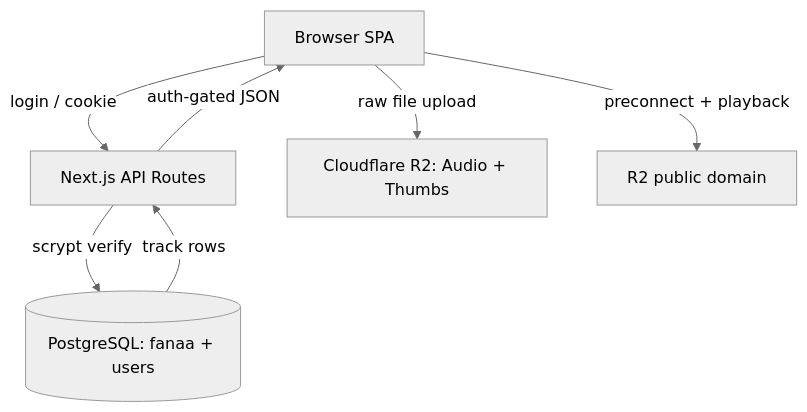
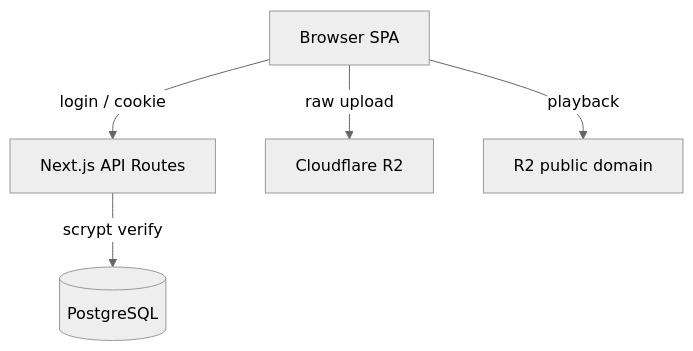
Before and after one commit to FirozChauhan/jigar: the diagram in README.md, drawn with Mermaid (neutral theme). The commit also changed other lines of this file, not shown here.

````diff
--- a/README.md
+++ b/README.md
@@ -28,9 +48,7 @@
 ```mermaid
 flowchart TD
-  Client[Browser SPA] -->|login / cookie| API[Next.js API Routes]
-  API -->|scrypt verify| DB[(PostgreSQL: fanaa + users)]
-  Client -->|raw file upload| R2[Cloudflare R2: Audio + Thumbs]
-  DB -->|track rows| API
-  API -->|auth-gated JSON| Client
-  Client -->|preconnect + playback| CDN[R2 public domain]
+    Client[Browser SPA] -->|login / cookie| API[Next.js API Routes]
+    API -->|scrypt verify| DB[(PostgreSQL)]
+    Client -->|raw upload| R2[Cloudflare R2]
+    Client -->|playback| CDN[R2 public domain]
 ```
````
